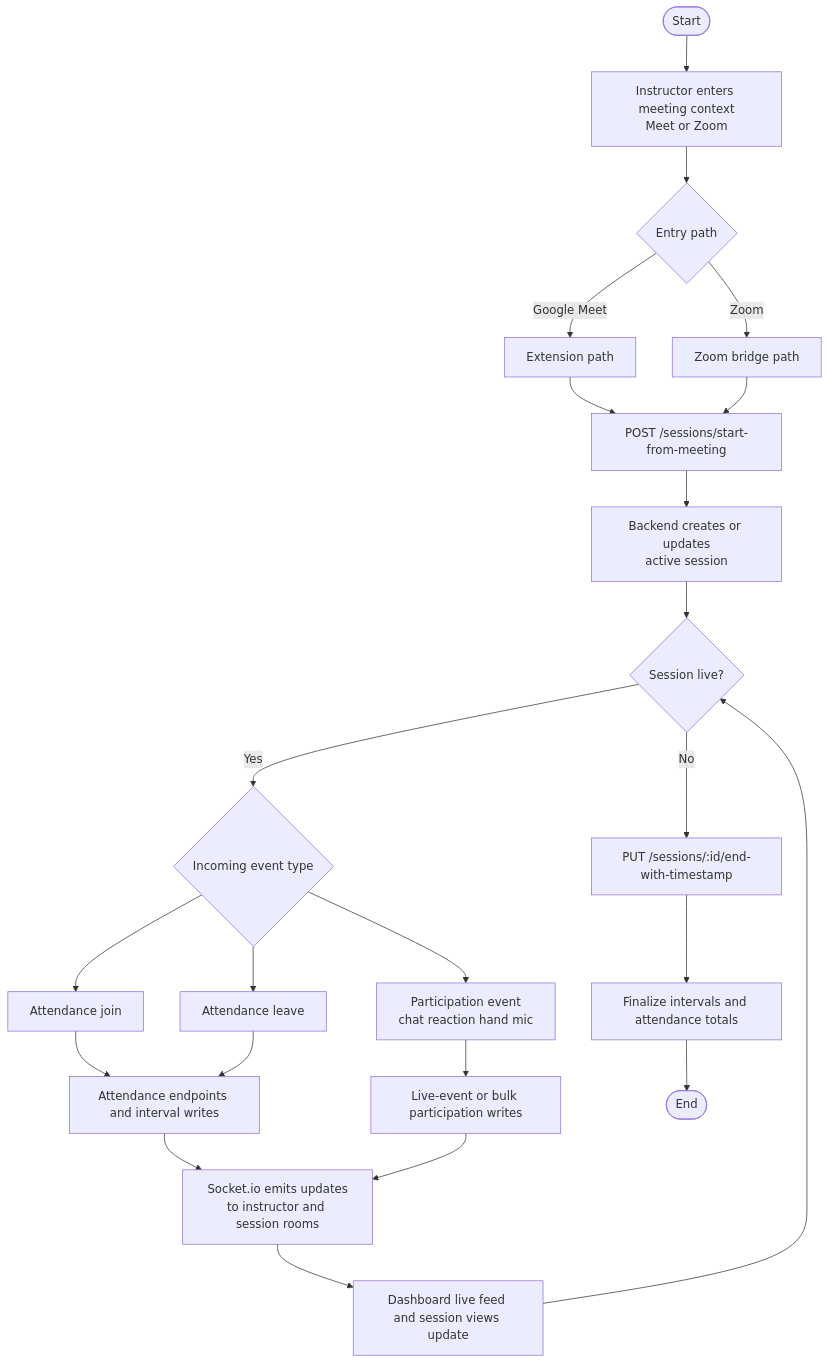
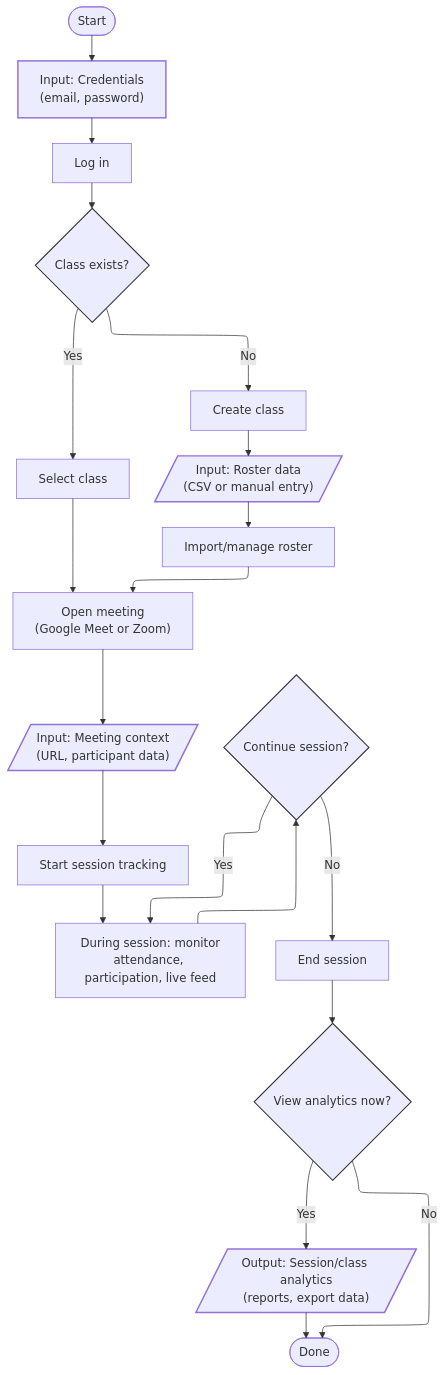
Before and after one commit to Rich-SCC/engagium_v0.2: the third of 7 diagrams in __documentation/_for thesis/appendix/appendices_diagrams_mermaid.md, drawn with Mermaid. The commit also changed other lines of this file and 1 other file, not shown here.

Commit message:
v1.15 diagrams docs fix

````diff
--- a/__documentation/_for thesis/appendix/appendices_diagrams_mermaid.md
+++ b/__documentation/_for thesis/appendix/appendices_diagrams_mermaid.md
@@ -52,27 +105,37 @@
 ```mermaid
 ---
 config:
-  layout: dagre
+  layout: elk
 ---
 flowchart TB
-    S(["Start"]) --> Ctx["Instructor enters meeting context<br>Meet or Zoom"]
-    Ctx --> Split{"Entry path"}
-    Split -- Google Meet --> MeetPath["Extension path"]
-    Split -- Zoom --> ZoomPath["Zoom bridge path"]
-    MeetPath --> StartSession["POST /sessions/start-from-meeting"]
-    ZoomPath --> StartSession
-    StartSession --> Active["Backend creates or updates<br>active session"]
-    Active --> Loop{"Session live?"}
-    Loop -- Yes --> EventFork{"Incoming event type"}
-    EventFork --> AJ["Attendance join"] & AL["Attendance leave"] & PE["Participation event<br>chat reaction hand mic"]
-    AJ --> AWrite["Attendance endpoints and interval writes"]
-    AL --> AWrite
-    PE --> PWrite["Live-event or bulk participation writes"]
-    AWrite --> Realtime["Socket.io emits updates<br>to instructor and session rooms"]
-    PWrite --> Realtime
-    Realtime --> UI["Dashboard live feed and session views update"]
-    UI --> Loop
-    Loop -- No --> EndReq["PUT /sessions/:id/end-with-timestamp"]
-    EndReq --> Finalize["Finalize intervals and attendance totals"]
-    Finalize --> E(["End"])
+    Start(["Start"]) --> InputCreds["Input: Credentials<br>(email, password)"]
+    InputCreds --> Login["Log in"]
+    Login --> SelectOrCreate{"Class exists?"}
+    SelectOrCreate -- Yes --> SelectClass["Select class"]
+    SelectOrCreate -- No --> CreateClass["Create class"]
+    CreateClass --> InputRoster["Input: Roster data<br>(CSV or manual entry)"]
+    InputRoster --> ImportRoster["Import/manage roster"]
+    SelectClass --> OpenMeeting["Open meeting<br>(Google Meet or Zoom)"]
+    ImportRoster --> OpenMeeting
+    OpenMeeting --> InputMeeting["Input: Meeting context<br>(URL, participant data)"]
+    InputMeeting --> StartTracking["Start session tracking"]
+    StartTracking --> DuringSession["During session: monitor<br>attendance, participation, live feed"]
+    DuringSession --> ContinueTracking{"Continue session?"}
+    ContinueTracking -- Yes --> DuringSession
+    ContinueTracking -- No --> EndSession["End session"]
+    EndSession --> ViewAnalytics{"View analytics now?"}
+    ViewAnalytics -- Yes --> OutputAnalytics["Output: Session/class analytics<br>(reports, export data)"]
+    ViewAnalytics -- No --> Done(["Done"])
+    OutputAnalytics --> Done
+
+    InputRoster@{ shape: lean-r}
+    InputMeeting@{ shape: lean-r}
+    OutputAnalytics@{ shape: lean-r}
+    style InputCreds stroke-width:2px
+    style SelectOrCreate stroke:#333,stroke-width:1.5px
+    style InputRoster stroke-width:2px
+    style InputMeeting stroke-width:2px
+    style ContinueTracking stroke:#333,stroke-width:1.5px
+    style ViewAnalytics stroke:#333,stroke-width:1.5px
+    style OutputAnalytics stroke-width:2px
 ```
````
